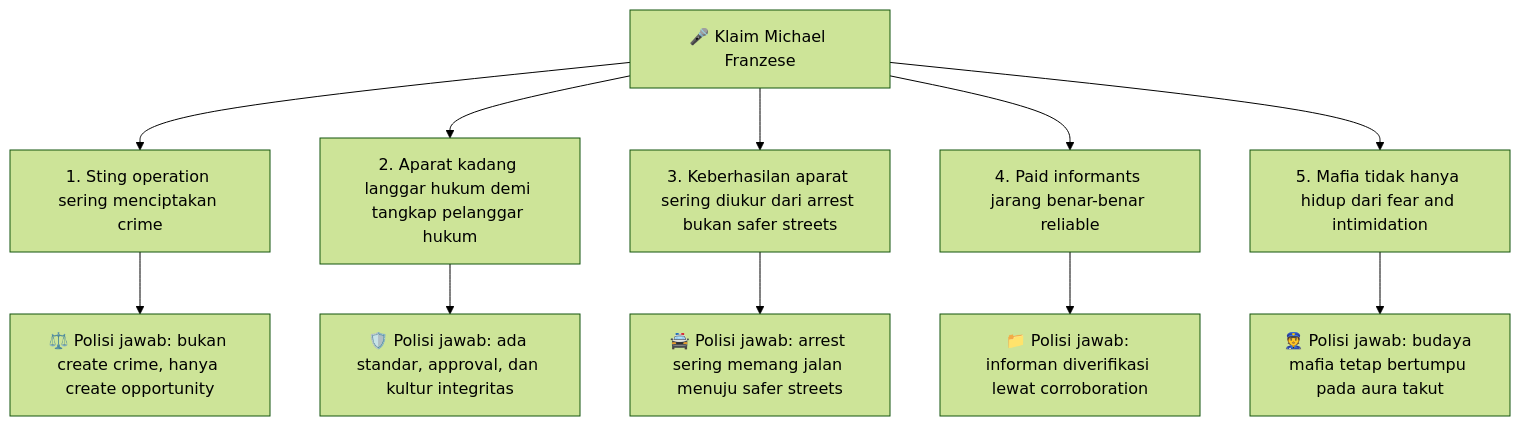
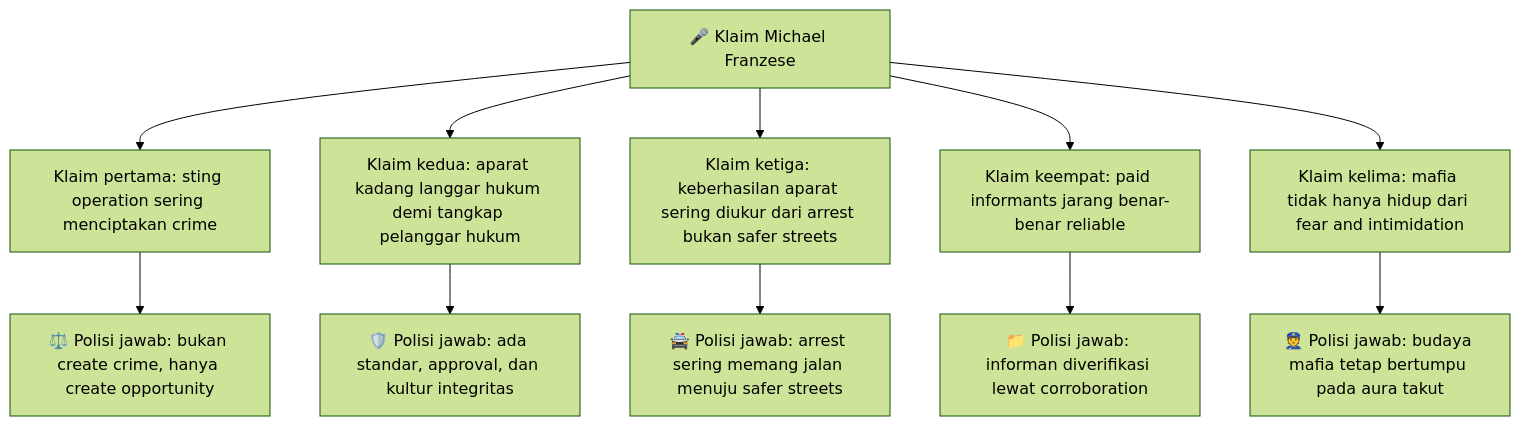
One commit to dwirx/BangunAI-Blog changed the first of 4 diagrams in src/content/articles/michael-franzese-vs-20-polisi-mafia-informan-entrapment-korupsi-dan-budaya-takut.mdx. Above: the diagram before and after it, drawn with Mermaid (forest theme).

Commit message:
Fix: Michael Franzese article — rapikan label Mermaid agar tidak terbaca sebagai markdown list

````diff
--- a/src/content/articles/michael-franzese-vs-20-polisi-mafia-informan-entrapment-korupsi-dan-budaya-takut.mdx
+++ b/src/content/articles/michael-franzese-vs-20-polisi-mafia-informan-entrapment-korupsi-dan-budaya-takut.mdx
@@ -57,14 +57,14 @@
 ```mermaid
 flowchart TD
-    A["🎤 Klaim Michael Franzese"] --> B["1. Sting operation sering menciptakan crime"]
-    A --> C["2. Aparat kadang langgar hukum demi tangkap pelanggar hukum"]
-    A --> D["3. Keberhasilan aparat sering diukur dari arrest bukan safer streets"]
-    A --> E["4. Paid informants jarang benar-benar reliable"]
-    A --> F["5. Mafia tidak hanya hidup dari fear and intimidation"]
+    A["🎤 Klaim Michael Franzese"] --> B["Klaim pertama: sting operation sering menciptakan crime"]
+    A --> C["Klaim kedua: aparat kadang langgar hukum demi tangkap pelanggar hukum"]
+    A --> D["Klaim ketiga: keberhasilan aparat sering diukur dari arrest bukan safer streets"]
+    A --> E["Klaim keempat: paid informants jarang benar-benar reliable"]
+    A --> F["Klaim kelima: mafia tidak hanya hidup dari fear and intimidation"]
 
     B --> B1["⚖️ Polisi jawab: bukan create crime, hanya create opportunity"]
     C --> C1["🛡️ Polisi jawab: ada standar, approval, dan kultur integritas"]
     D --> D1["🚔 Polisi jawab: arrest sering memang jalan menuju safer streets"]
     E --> E1["📁 Polisi jawab: informan diverifikasi lewat corroboration"]
     F --> F1["👮 Polisi jawab: budaya mafia tetap bertumpu pada aura takut"]
 ```
````
